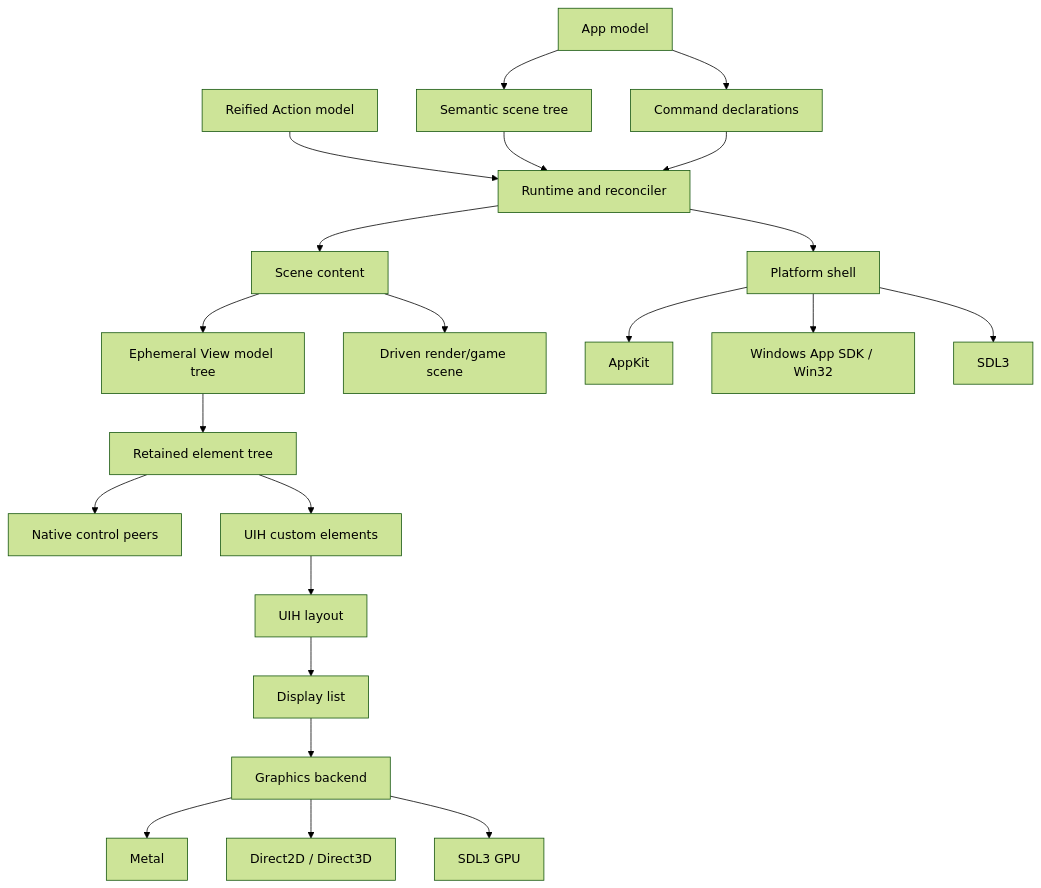
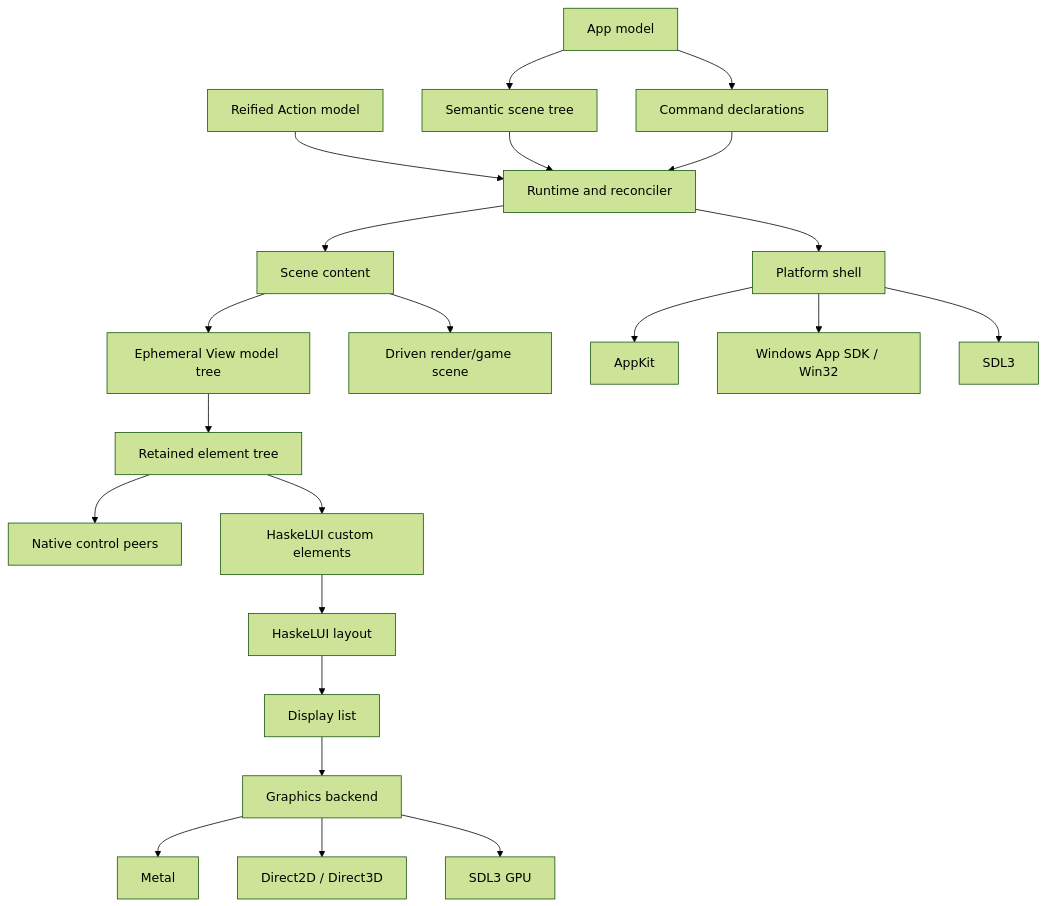
The diagram in docs/design/architecture.md (aantich/haskelui), drawn with Mermaid (forest theme) before and after one commit. The commit also changed other lines of this file and 126 other files, not shown here.

````diff
--- a/docs/design/architecture.md
+++ b/docs/design/architecture.md
@@ -239,28 +239,28 @@
 ```mermaid
 flowchart TD
     App["App model"] --> SceneTree["Semantic scene tree"]
     App --> Commands["Command declarations"]
     Actions["Reified Action model"] --> Runtime
     SceneTree --> Runtime["Runtime and reconciler"]
     Commands --> Runtime
 
     Runtime --> Shell["Platform shell"]
     Runtime --> Content["Scene content"]
     Content --> ViewTree["Ephemeral View model tree"]
     Content --> Driven["Driven render/game scene"]
     ViewTree --> Elements["Retained element tree"]
 
     Elements --> Native["Native control peers"]
-    Elements --> Custom["UIH custom elements"]
-    Custom --> Layout["UIH layout"]
+    Elements --> Custom["HaskeLUI custom elements"]
+    Custom --> Layout["HaskeLUI layout"]
     Layout --> DisplayList["Display list"]
     DisplayList --> Graphics["Graphics backend"]
 
     Shell --> AppKit["AppKit"]
     Shell --> Windows["Windows App SDK / Win32"]
     Shell --> SDL["SDL3"]
 
     Graphics --> Metal["Metal"]
     Graphics --> Direct["Direct2D / Direct3D"]
     Graphics --> SDLGPU["SDL3 GPU"]
 ```
````
